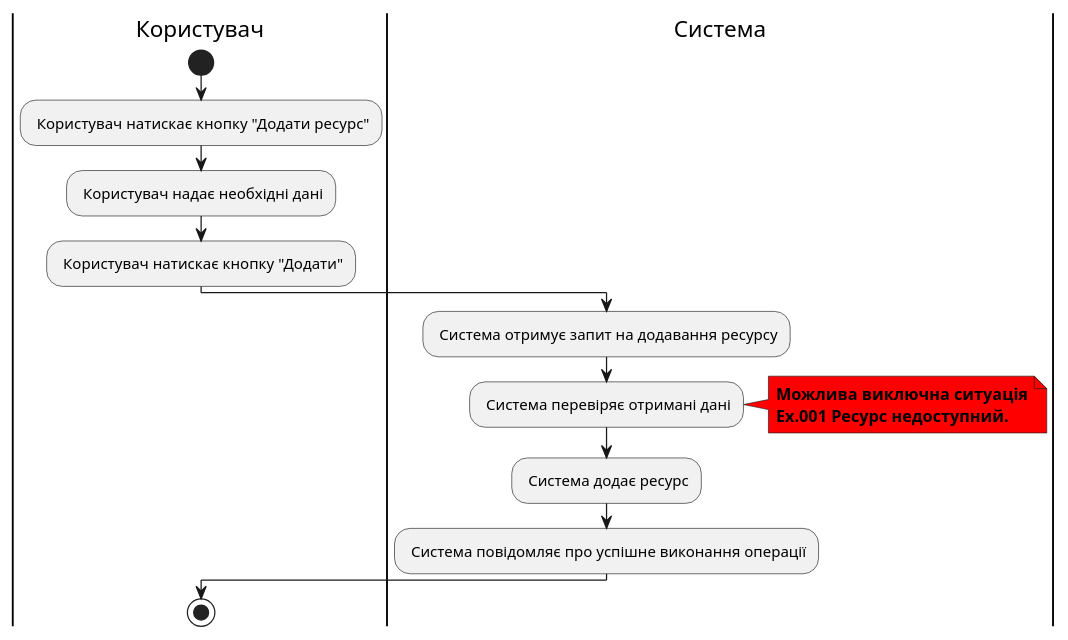
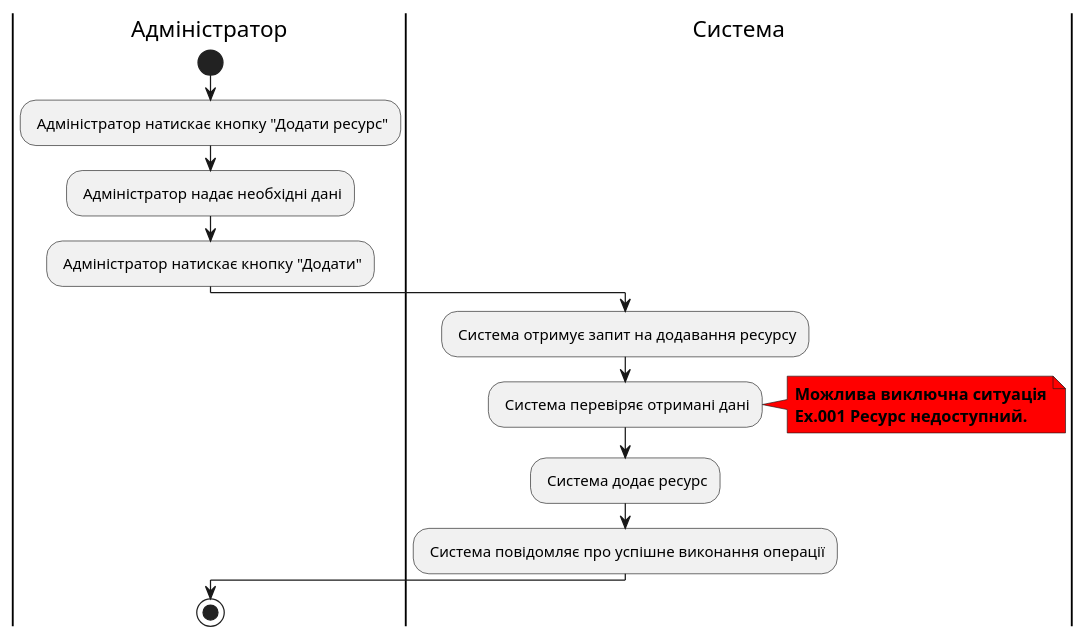
Before and after one commit to ypapish/database-course-work: the fourth of 5 diagrams in docs/ua/use cases/index.md, drawn with PlantUML. The commit also changed other lines of this file, not shown here.

Commit message:
add UpdateResource diagram

```diff
--- a/docs/ua/use cases/index.md
+++ b/docs/ua/use cases/index.md
@@ -101,19 +101,19 @@
 @startuml
-|Користувач|
+|Адміністратор|
 start
-: Користувач натискає кнопку "Додати ресурс";
-: Користувач надає необхідні дані;
-: Користувач натискає кнопку "Додати";
+: Адміністратор натискає кнопку "Додати ресурс";
+: Адміністратор надає необхідні дані;
+: Адміністратор натискає кнопку "Додати";
 
 |Система|
 : Система отримує запит на додавання ресурсу;
 : Система перевіряє отримані дані;
 note right #red
 <b>Можлива виключна ситуація</b>
 <b>Ex.001 Ресурс недоступний.</b>
 end note
 : Система додає ресурс;
 : Система повідомляє про успішне виконання операції;
-|Користувач|
+|Адміністратор|
 stop
 @enduml
```
